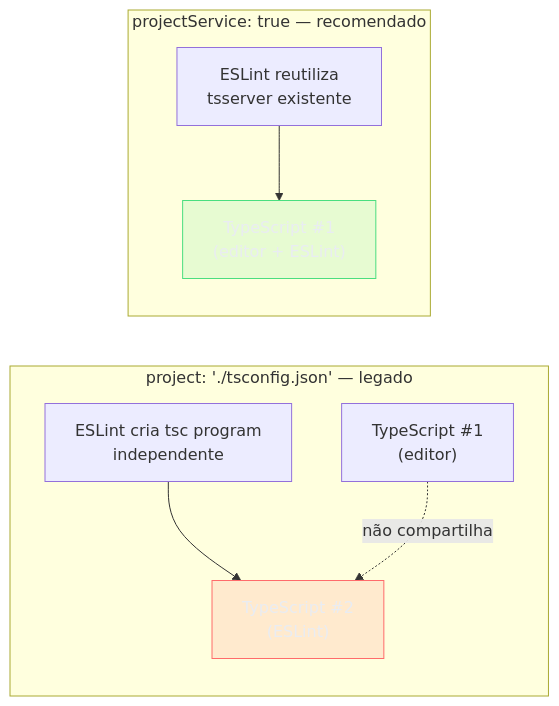
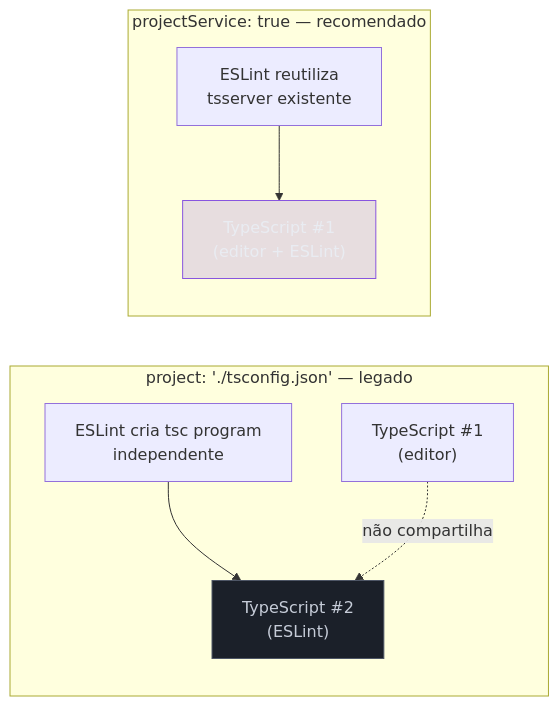
One commit to josenaldo/codex-technomanticus changed the fourth of 8 diagrams in 03-Dominios/Tecnologia/Tooling e Build/16 - Linting, formatting e git hooks.md. Above: the diagram before and after it, drawn with Mermaid. The commit also changed other lines of this file and 601 other files, not shown here.

````diff
--- a/03-Dominios/Tecnologia/Tooling e Build/16 - Linting, formatting e git hooks.md
+++ b/03-Dominios/Tecnologia/Tooling e Build/16 - Linting, formatting e git hooks.md
@@ -325,20 +325,20 @@
 ```mermaid
 flowchart LR
-    classDef falha fill:#FF6B6B24,stroke:#FF6B6B,color:#E9ECF2
-    classDef ok fill:#4ADE8021,stroke:#4ADE80,color:#E9ECF2
+    classDef marca fill:#8855DF33,stroke:#8855DF,color:#E9ECF2
+    classDef neutro fill:#1B2029,stroke:#4E5666,color:#C6CCD8
     subgraph "project: './tsconfig.json' — legado"
         E1["ESLint cria tsc program\nindependente"]
         T1["TypeScript #1\n(editor)"]
         T2["TypeScript #2\n(ESLint)"]
     end
     subgraph "projectService: true — recomendado"
         E2["ESLint reutiliza\ntsserver existente"]
         T3["TypeScript #1\n(editor + ESLint)"]
     end
     E1 --> T2
     T1 -.->|"não compartilha"| T2
     E2 --> T3
 
-    class T2 falha
-    class T3 ok
+    class T2 neutro
+    class T3 marca
 ```
````
